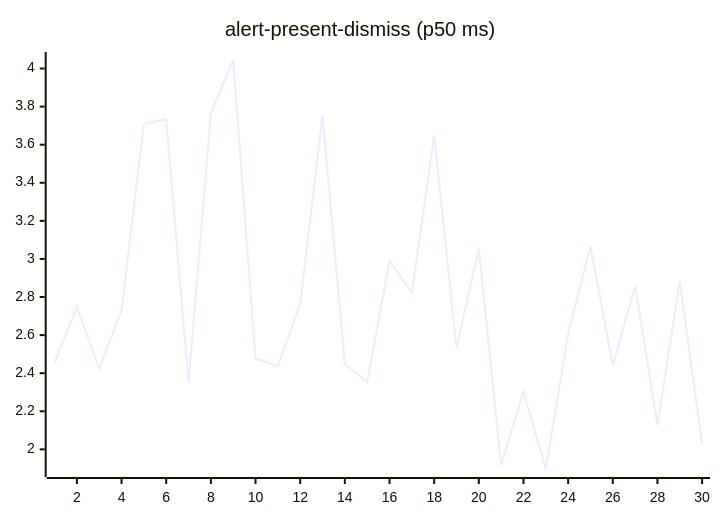
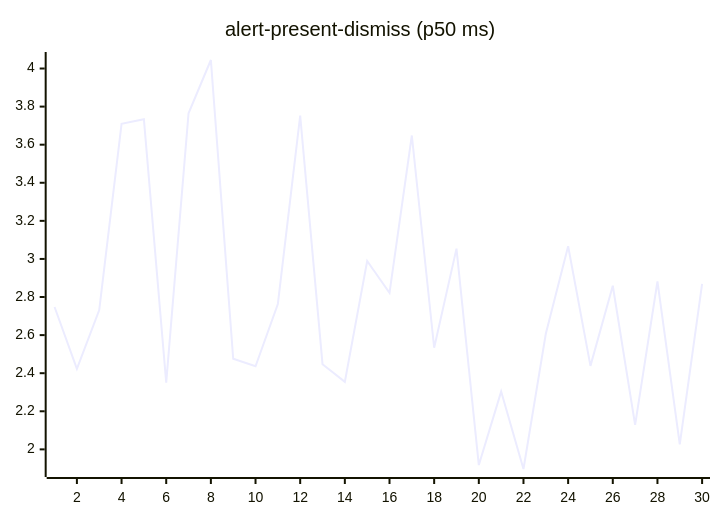
The second of 27 diagrams in README.md (josha/Facet), drawn with Mermaid before and after one commit. The commit also changed other lines of this file and 2 other files, not shown here.

````diff
--- a/README.md
+++ b/README.md
@@ -70,6 +70,6 @@
 ```mermaid
 xychart-beta
     title "alert-present-dismiss (p50 ms)"
     x-axis 1 --> 30
-    line [2.4564, 2.7475, 2.4232, 2.7312, 3.7096, 3.7340, 2.3506, 3.7650, 4.0447, 2.4759, 2.4363, 2.7635, 3.7527, 2.4474, 2.3546, 2.9892, 2.8222, 3.6482, 2.5337, 3.0542, 1.9177, 2.3034, 1.8969, 2.6071, 3.0667, 2.4384, 2.8591, 2.1282, 2.8816, 2.0266]
+    line [2.7475, 2.4232, 2.7312, 3.7096, 3.7340, 2.3506, 3.7650, 4.0447, 2.4759, 2.4363, 2.7635, 3.7527, 2.4474, 2.3546, 2.9892, 2.8222, 3.6482, 2.5337, 3.0542, 1.9177, 2.3034, 1.8969, 2.6071, 3.0667, 2.4384, 2.8591, 2.1282, 2.8816, 2.0266, 2.8685]
 ```
````
